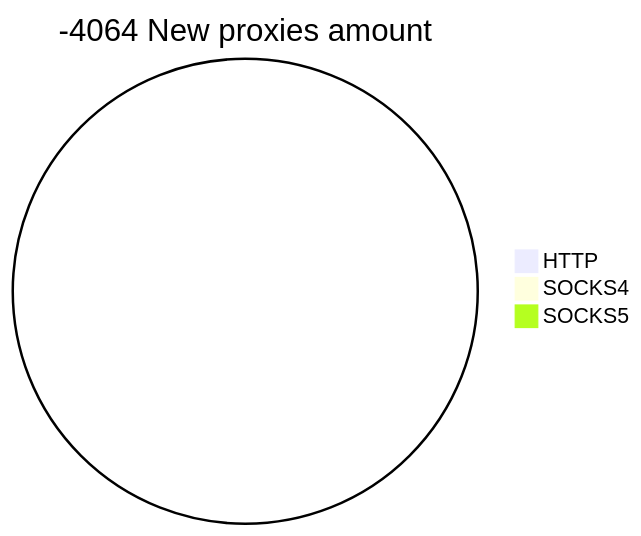
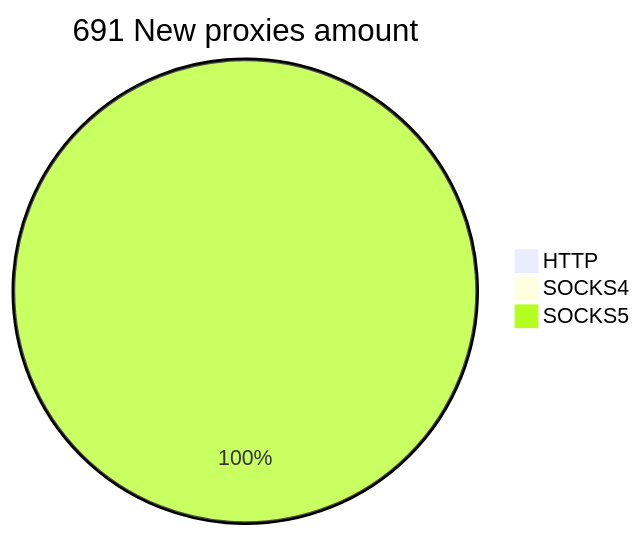
The second of 2 diagrams in README.md (cutipu/proxylist), drawn with Mermaid before and after one commit. The commit also changed other lines of this file, not shown here.

````diff
--- a/README.md
+++ b/README.md
@@ -10,6 +10,6 @@
 ```mermaid
-pie title -4064 New proxies amount
+pie title 691 New proxies amount
     "HTTP" : 0
     "SOCKS4" : 0
-    "SOCKS5" : 0
+    "SOCKS5" : 691
 ```
````
